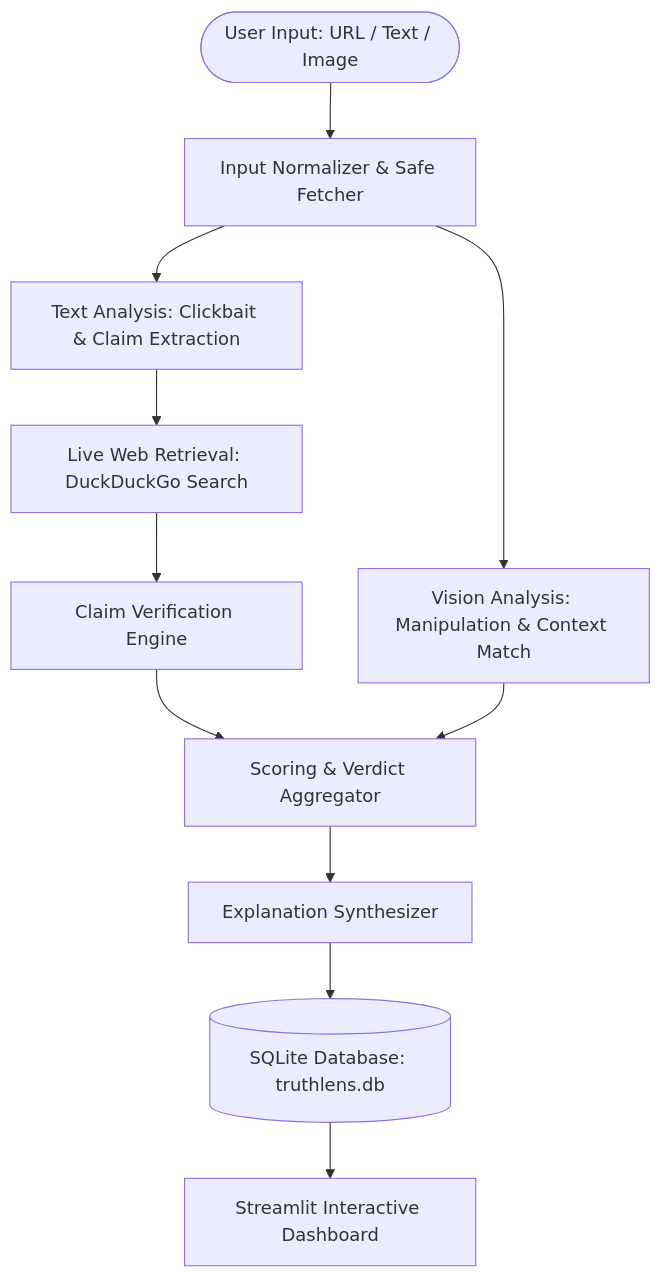
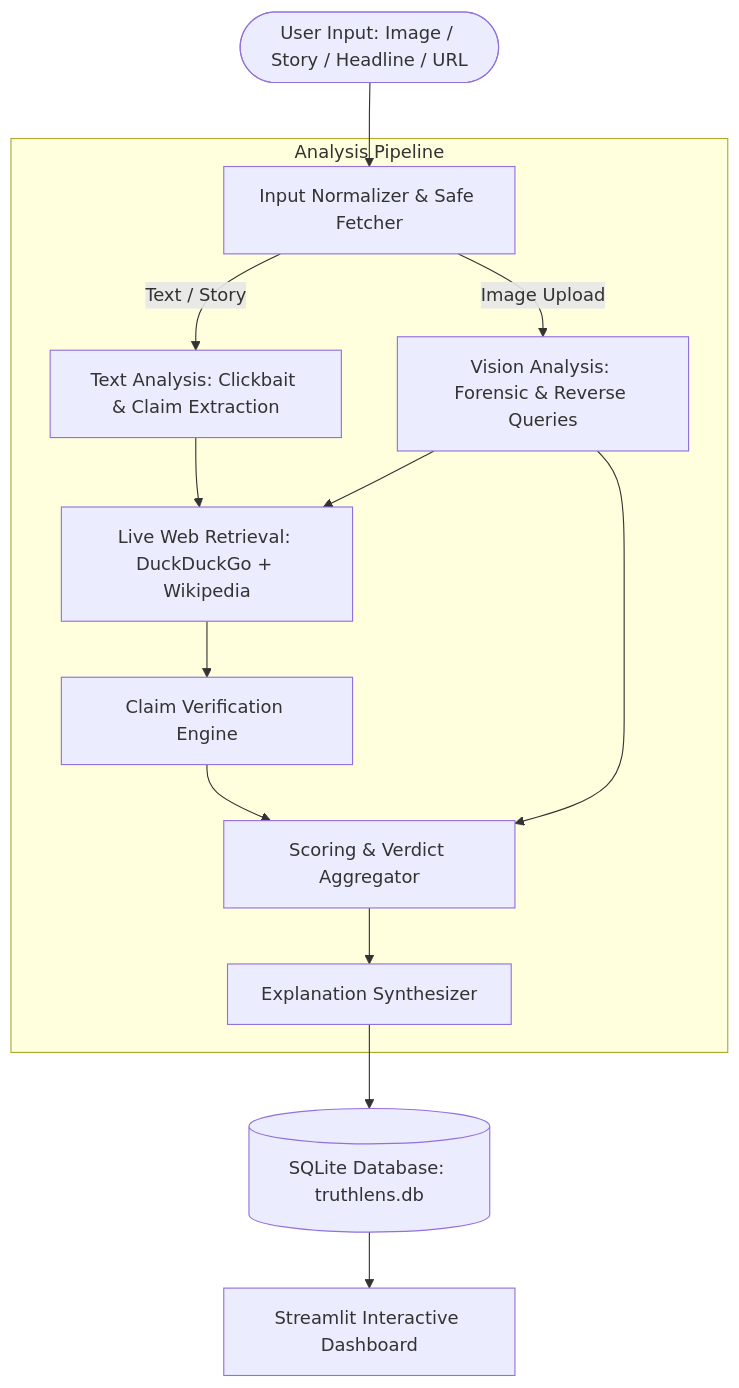
The diagram in README.md (samjoyes/TruthLens), drawn with Mermaid before and after one commit. The commit also changed other lines of this file and 4 other files, not shown here.

````diff
--- a/README.md
+++ b/README.md
@@ -22,13 +44,21 @@
 ```mermaid
 flowchart TD
-    User([User Input: URL / Text / Image]) --> Normalizer[Input Normalizer & Safe Fetcher]
-    Normalizer --> TextModule[Text Analysis: Clickbait & Claim Extraction]
-    Normalizer --> VisionModule[Vision Analysis: Manipulation & Context Match]
-    TextModule --> WebRetrieval[Live Web Retrieval: DuckDuckGo Search]
-    WebRetrieval --> ClaimEngine[Claim Verification Engine]
-    ClaimEngine --> Scorer[Scoring & Verdict Aggregator]
-    VisionModule --> Scorer
-    Scorer --> Explainer[Explanation Synthesizer]
+    User([User Input: Image / Story / Headline / URL]) --> Normalizer[Input Normalizer & Safe Fetcher]
+    
+    subgraph Analysis Pipeline
+        Normalizer -->|Text / Story| TextModule[Text Analysis: Clickbait & Claim Extraction]
+        Normalizer -->|Image Upload| VisionModule[Vision Analysis: Forensic & Reverse Queries]
+        
+        TextModule --> WebRetrieval[Live Web Retrieval: DuckDuckGo + Wikipedia]
+        VisionModule --> WebRetrieval
+        
+        WebRetrieval --> ClaimEngine[Claim Verification Engine]
+        ClaimEngine --> Scorer[Scoring & Verdict Aggregator]
+        VisionModule --> Scorer
+        
+        Scorer --> Explainer[Explanation Synthesizer]
+    end
+    
     Explainer --> Storage[(SQLite Database: truthlens.db)]
     Storage --> UI[Streamlit Interactive Dashboard]
 ```
````
